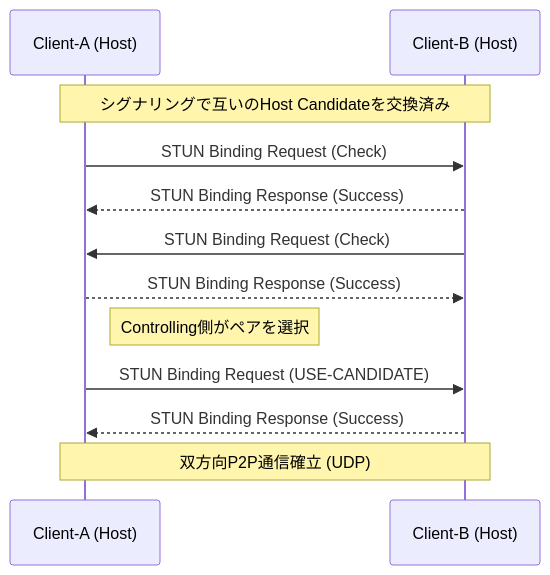
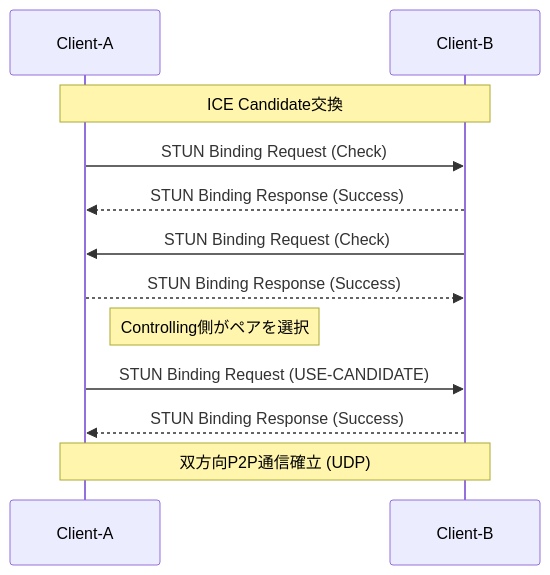
Before and after one commit to kyoya-p/samples: the second of 5 diagrams in 2026/WebRTC/rtc.md, drawn with Mermaid. The commit also changed other lines of this file and 7 other files, not shown here.

````diff
--- a/2026/WebRTC/rtc.md
+++ b/2026/WebRTC/rtc.md
@@ -8,19 +32,19 @@
 ```mermaid
 sequenceDiagram
-    participant A as Client-A (Host)
-    participant B as Client-B (Host)
-    
-    Note over A, B: シグナリングで互いのHost Candidateを交換済み
-    
+    participant A as Client-A
+    participant B as Client-B
+     
+    Note over A, B: ICE Candidate交換
+     
     A->>B: STUN Binding Request (Check)
     B-->>A: STUN Binding Response (Success)
     
     B->>A: STUN Binding Request (Check)
     A-->>B: STUN Binding Response (Success)
     
     Note right of A: Controlling側がペアを選択
     A->>B: STUN Binding Request (USE-CANDIDATE)
     B-->>A: STUN Binding Response (Success)
     
     Note over A, B: 双方向P2P通信確立 (UDP)
 ```
````
